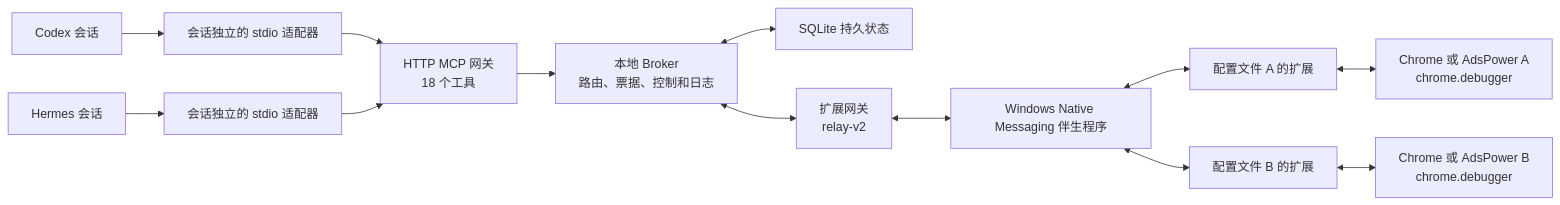
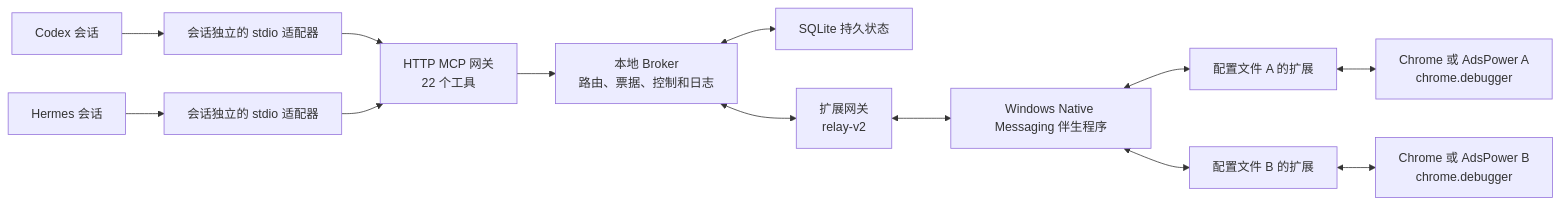
Before and after one commit to ohmyskyhigh/tabro: the diagram in README.zh-CN.md, drawn with Mermaid. The commit also changed other lines of this file and 183 other files, not shown here.

````diff
--- a/README.zh-CN.md
+++ b/README.zh-CN.md
@@ -45,15 +47,15 @@
 ```mermaid
 flowchart LR
   C["Codex 会话"] --> A1["会话独立的 stdio 适配器"]
   H["Hermes 会话"] --> A2["会话独立的 stdio 适配器"]
-  A1 --> M["HTTP MCP 网关\n18 个工具"]
+  A1 --> M["HTTP MCP 网关\n22 个工具"]
   A2 --> M
   M --> B["本地 Broker\n路由、票据、控制和日志"]
   B <--> D["SQLite 持久状态"]
   B <--> G["扩展网关\nrelay-v2"]
   G <--> N["Windows Native Messaging 伴生程序"]
   N <--> E1["配置文件 A 的扩展"]
   N <--> E2["配置文件 B 的扩展"]
   E1 <--> P1["Chrome 或 AdsPower A\nchrome.debugger"]
   E2 <--> P2["Chrome 或 AdsPower B\nchrome.debugger"]
 ```
````
